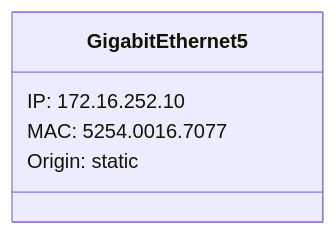
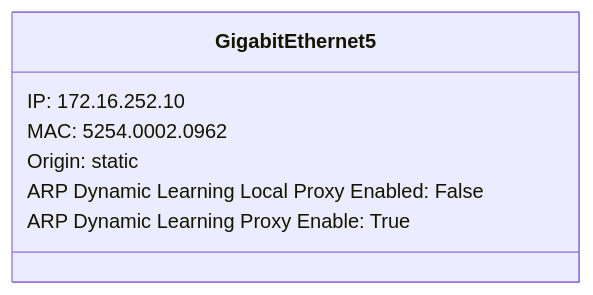
Before and after one commit to automateyournetwork/pyYAHTS: the seventh of 11 diagrams in Examples/IOS-XE/dist-rtr01 arp class.md, drawn with Mermaid. The commit also changed other lines of this file and 34 other files, not shown here.

Commit message:
ios-xe class diagrams

````diff
--- a/Examples/IOS-XE/dist-rtr01 arp class.md
+++ b/Examples/IOS-XE/dist-rtr01 arp class.md
@@ -50,8 +62,10 @@
 ```mermaid
 classDiagram
 class GigabitEthernet5{
 IP: 172.16.252.10
-MAC: 5254.0016.7077
+MAC: 5254.0002.0962
 Origin: static
+ARP Dynamic Learning Local Proxy Enabled: False
+ARP Dynamic Learning Proxy Enable: True
 }
 ```
````
